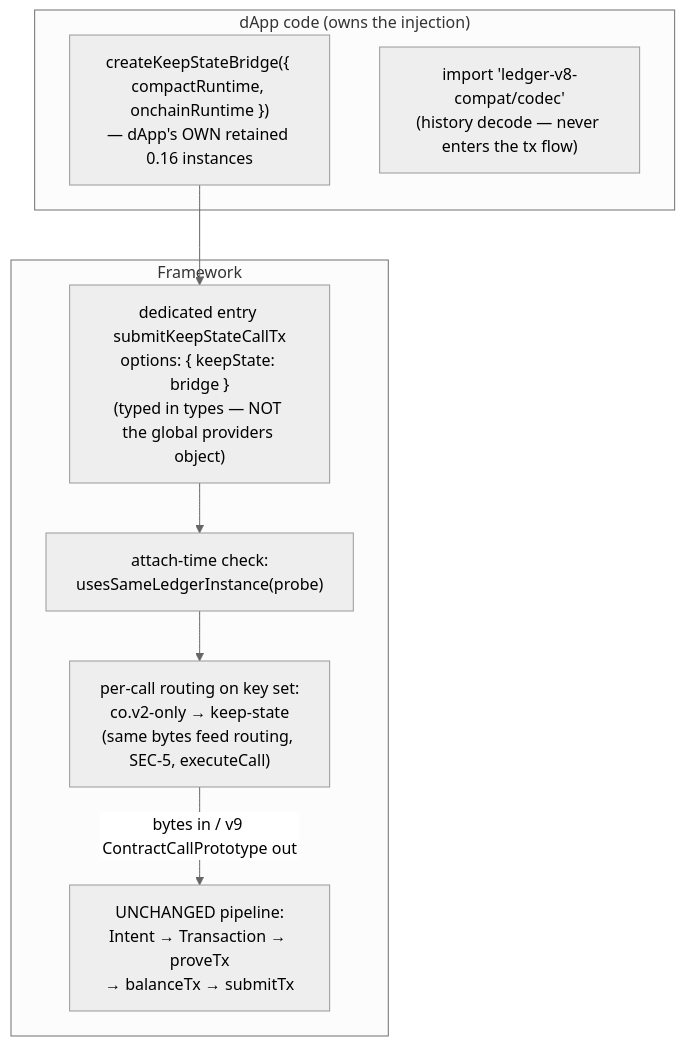
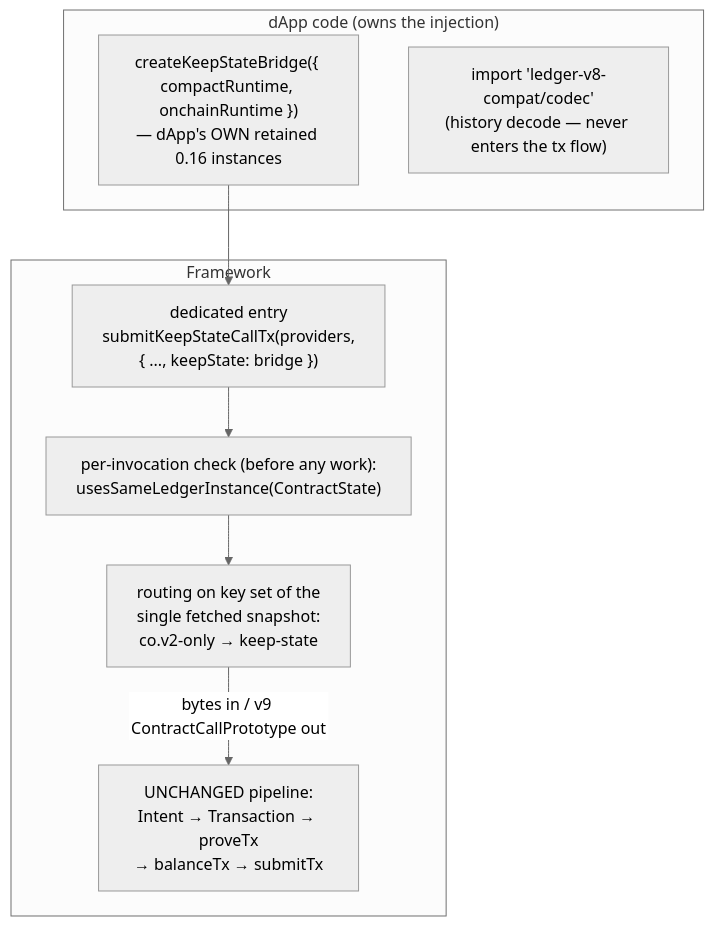
Before and after one commit to midnightntwrk/midnight-js: the fourth of 11 diagrams in docs/superpowers/architecture/2026-08-05-ledger-v8-v9-dual-support-architecture.md, drawn with Mermaid (neutral theme). The commit also changed other lines of this file, not shown here.

First line of the commit message:
docs: sync HF architecture doc fully with spec v3.8

````diff
--- a/docs/superpowers/architecture/2026-08-05-ledger-v8-v9-dual-support-architecture.md
+++ b/docs/superpowers/architecture/2026-08-05-ledger-v8-v9-dual-support-architecture.md
@@ -218,16 +231,16 @@
 ```mermaid
 flowchart TB
     subgraph dappcode["dApp code (owns the injection)"]
         create["createKeepStateBridge({ compactRuntime, onchainRuntime })<br/>— dApp's OWN retained 0.16 instances"]
         codec["import 'ledger-v8-compat/codec'<br/>(history decode — never enters the tx flow)"]
     end
     subgraph fw["Framework"]
-        entry["dedicated entry submitKeepStateCallTx<br/>options: { keepState: bridge }<br/>(typed in types — NOT the global providers object)"]
-        attach["attach-time check:<br/>usesSameLedgerInstance(probe)"]
-        route["per-call routing on key set:<br/>co.v2-only → keep-state<br/>(same bytes feed routing, SEC-5, executeCall)"]
+        entry["dedicated entry<br/>submitKeepStateCallTx(providers,<br/>{ ..., keepState: bridge })"]
+        attach["per-invocation check (before any work):<br/>usesSameLedgerInstance(ContractState)"]
+        route["routing on key set of the<br/>single fetched snapshot:<br/>co.v2-only → keep-state"]
         pipe["UNCHANGED pipeline:<br/>Intent → Transaction → proveTx<br/>→ balanceTx → submitTx"]
     end
 
     create --> entry --> attach --> route
     route -->|"bytes in / v9 ContractCallPrototype out"| pipe
 ```
````
